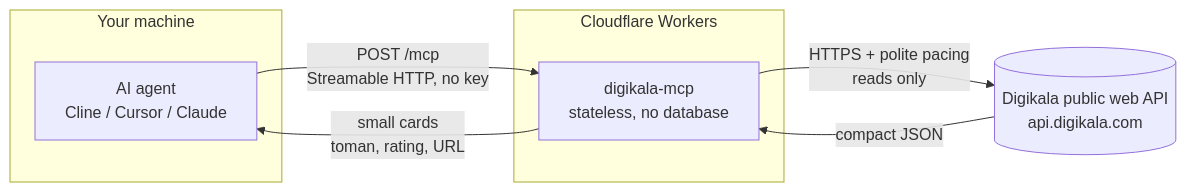
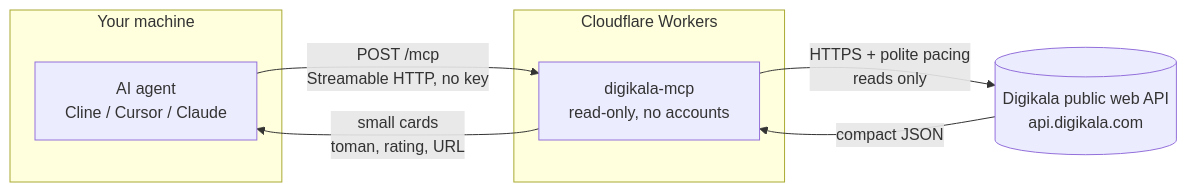
The diagram in README.md (mmdju/digikala-mcp), drawn with Mermaid before and after one commit. The commit also changed other lines of this file and 1 other file, not shown here.

````diff
--- a/README.md
+++ b/README.md
@@ -66,15 +115,15 @@
 ```mermaid
 flowchart LR
     subgraph you [Your machine]
         agent[AI agent<br/>Cline / Cursor / Claude]
     end
     subgraph cf [Cloudflare Workers]
-        worker[digikala-mcp<br/>stateless, no database]
+        worker[digikala-mcp<br/>read-only, no accounts]
     end
     dk[(Digikala public web API<br/>api.digikala.com)]
 
     agent -->|POST /mcp<br/>Streamable HTTP, no key| worker
     worker -->|HTTPS + polite pacing<br/>reads only| dk
     dk -->|compact JSON| worker
     worker -->|small cards<br/>toman, rating, URL| agent
 ```
````
